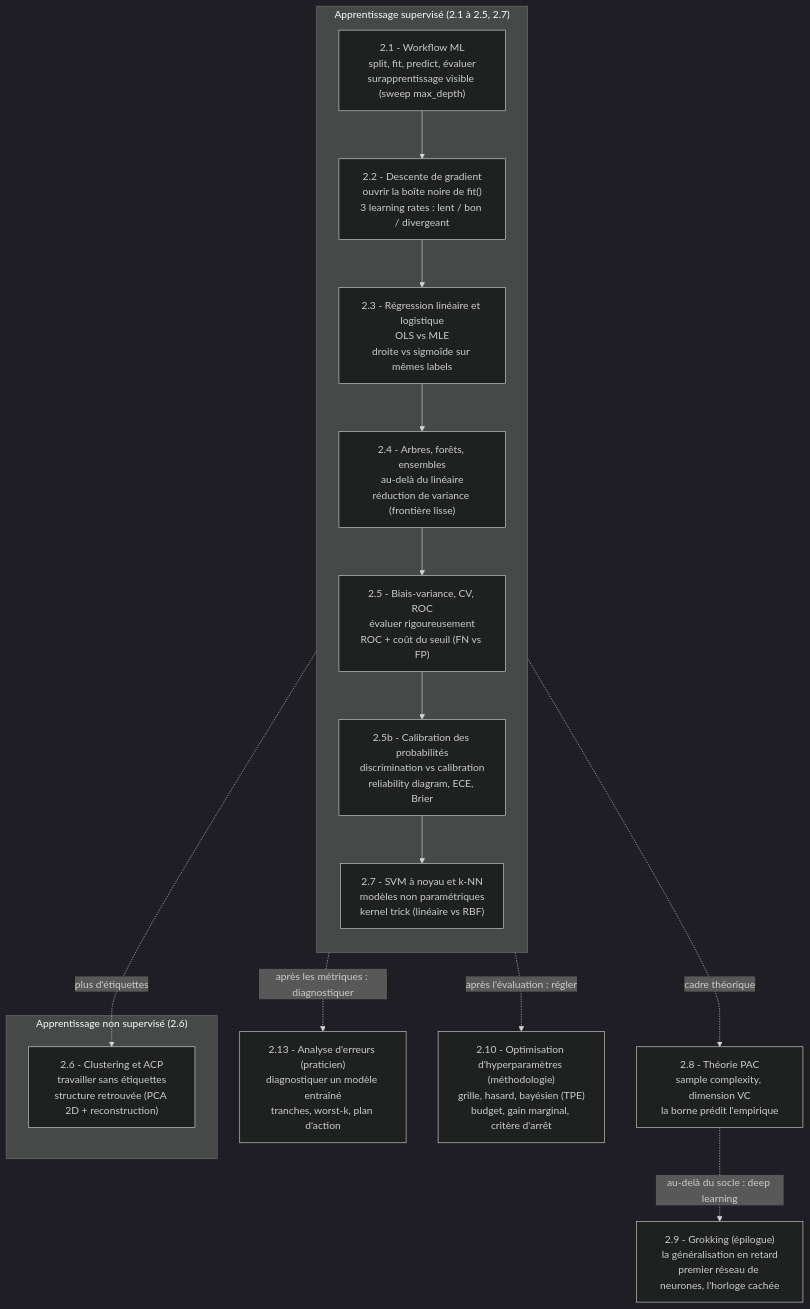
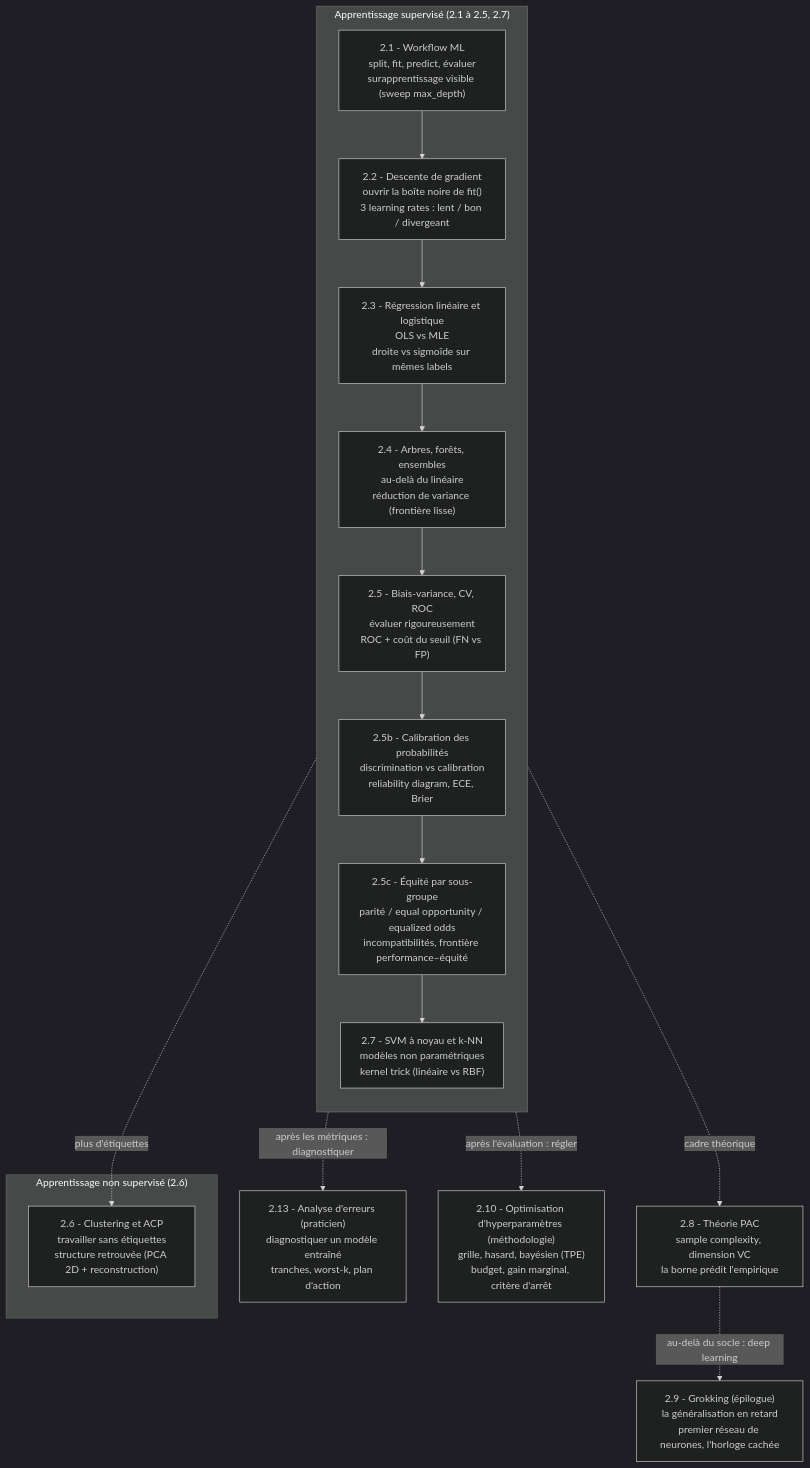
One commit to jsboige/CoursIA changed the diagram in MyIA.AI.Notebooks/ML/DataScienceWithAgents/02-ML-Cours/README.md. Above: the diagram before and after it, drawn with Mermaid (dark theme). The commit also changed other lines of this file and 3 other files, not shown here.

First line of the commit message:
feat(ml,#12955): notebook 2.5c equite par sous-groupe — 3 criteres, Chouldechova, 2 mitigations, frontiere

````diff
--- a/MyIA.AI.Notebooks/ML/DataScienceWithAgents/02-ML-Cours/README.md
+++ b/MyIA.AI.Notebooks/ML/DataScienceWithAgents/02-ML-Cours/README.md
@@ -76,26 +84,27 @@
 ```mermaid
 flowchart TD
     subgraph SUP["Apprentissage supervisé (2.1 à 2.5, 2.7)"]
       direction TB
       A["2.1 - Workflow ML<br/>split, fit, predict, évaluer<br/>surapprentissage visible (sweep max_depth)"]
       B["2.2 - Descente de gradient<br/>ouvrir la boîte noire de fit()<br/>3 learning rates : lent / bon / divergeant"]
       C["2.3 - Régression linéaire et logistique<br/>OLS vs MLE<br/>droite vs sigmoïde sur mêmes labels"]
       D["2.4 - Arbres, forêts, ensembles<br/>au-delà du linéaire<br/>réduction de variance (frontière lisse)"]
       E["2.5 - Biais-variance, CV, ROC<br/>évaluer rigoureusement<br/>ROC + coût du seuil (FN vs FP)"]
       E2["2.5b - Calibration des probabilités<br/>discrimination vs calibration<br/>reliability diagram, ECE, Brier"]
+      E3["2.5c - Équité par sous-groupe<br/>parité / equal opportunity / equalized odds<br/>incompatibilités, frontière performance–équité"]
       G["2.7 - SVM à noyau et k-NN<br/>modèles non paramétriques<br/>kernel trick (linéaire vs RBF)"]
-      A --> B --> C --> D --> E --> E2 --> G
+      A --> B --> C --> D --> E --> E2 --> E3 --> G
     end
     subgraph UNSUP["Apprentissage non supervisé (2.6)"]
       F["2.6 - Clustering et ACP<br/>travailler sans étiquettes<br/>structure retrouvée (PCA 2D + reconstruction)"]
     end
     H["2.8 - Théorie PAC<br/>sample complexity, dimension VC<br/>la borne prédit l'empirique"]
     I["2.9 - Grokking (épilogue)<br/>la généralisation en retard<br/>premier réseau de neurones, l'horloge cachée"]
     E -. "plus d'étiquettes" .-> F
     E -. "cadre théorique" .-> H
     H -. "au-delà du socle : deep learning" .-> I
     J["2.13 - Analyse d'erreurs (praticien)<br/>diagnostiquer un modèle entraîné<br/>tranches, worst-k, plan d'action"]
     E -. "après les métriques : diagnostiquer" .-> J
     K["2.10 - Optimisation d'hyperparamètres (méthodologie)<br/>grille, hasard, bayésien (TPE)<br/>budget, gain marginal, critère d'arrêt"]
     E -. "après l'évaluation : régler" .-> K
 ```
````
